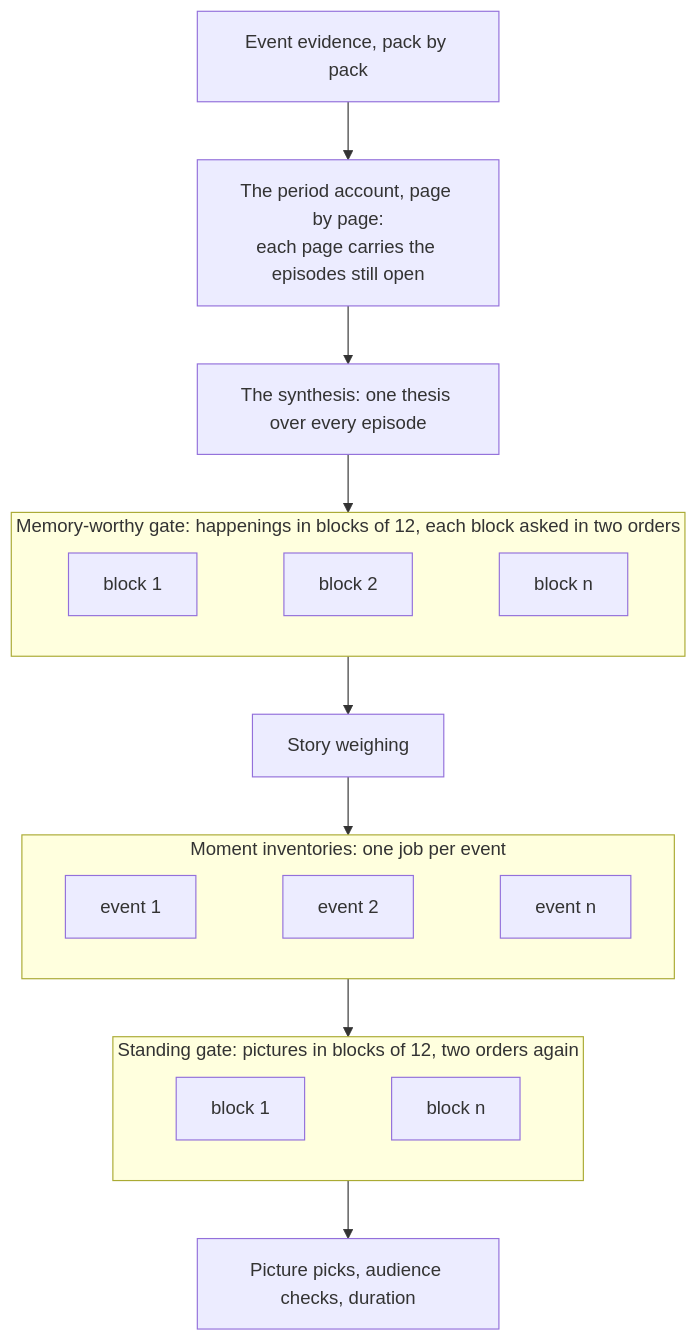
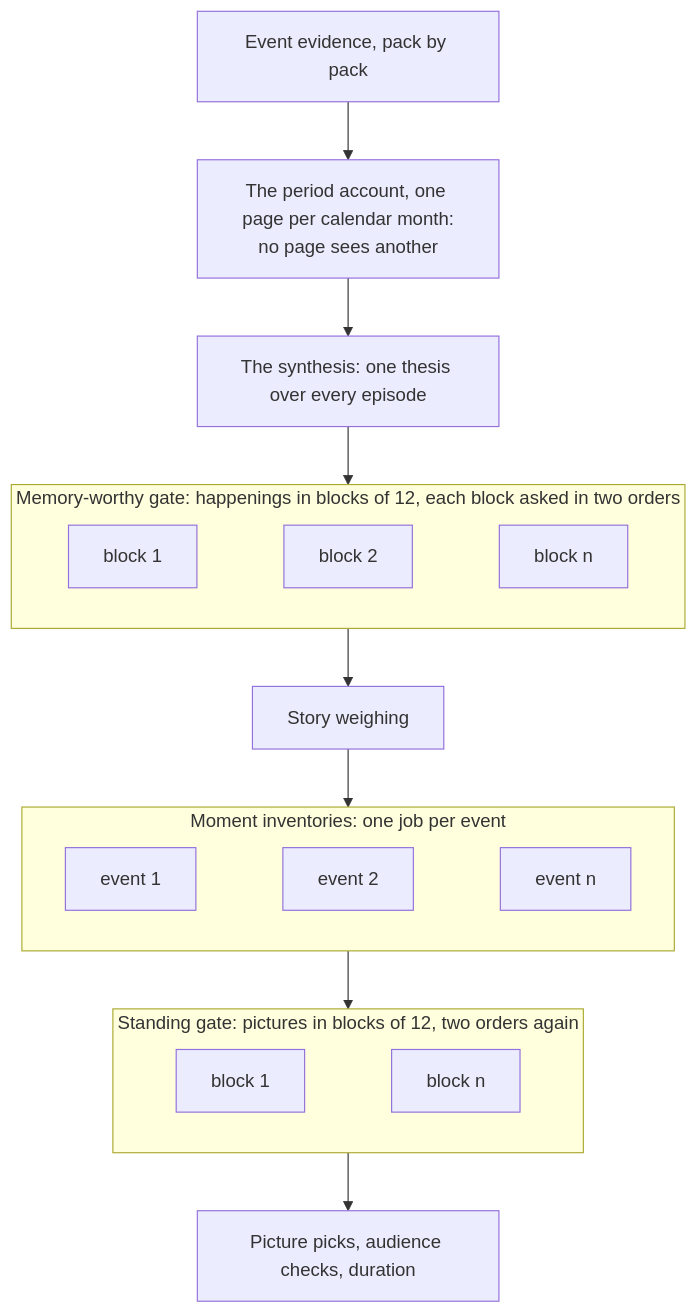
Before and after one commit to chenzeyan54-commits/immich-video-memory-generator: the second of 2 diagrams in docs-site/docs/create/pipeline.md, drawn with Mermaid. The commit also changed other lines of this file and 82 other files, not shown here.

````diff
--- a/docs-site/docs/create/pipeline.md
+++ b/docs-site/docs/create/pipeline.md
@@ -218,27 +233,27 @@
 ```mermaid
 flowchart TB
     packs["Event evidence, pack by pack"]
-    packs --> pages["The period account, page by page:<br/>each page carries the episodes still open"]
+    packs --> pages["The period account, one page per calendar month:<br/>no page sees another"]
     pages --> synthesis["The synthesis: one thesis over every episode"]
 
     synthesis --> worthy
     subgraph worthy["Memory-worthy gate: happenings in blocks of 12, each block asked in two orders"]
         direction LR
         w1["block 1"] ~~~ w2["block 2"] ~~~ wn["block n"]
     end
 
     worthy --> weigh["Story weighing"]
     weigh --> inventories
     subgraph inventories["Moment inventories: one job per event"]
         direction LR
         i1["event 1"] ~~~ i2["event 2"] ~~~ iN["event n"]
     end
 
     inventories --> standing
     subgraph standing["Standing gate: pictures in blocks of 12, two orders again"]
         direction LR
         s1["block 1"] ~~~ sn["block n"]
     end
 
     standing --> picks["Picture picks, audience checks, duration"]
 ```
````
